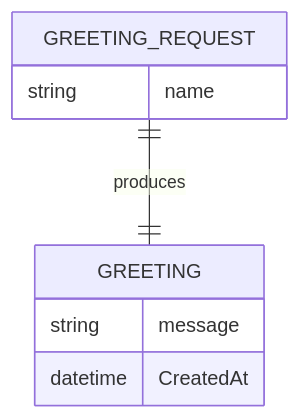
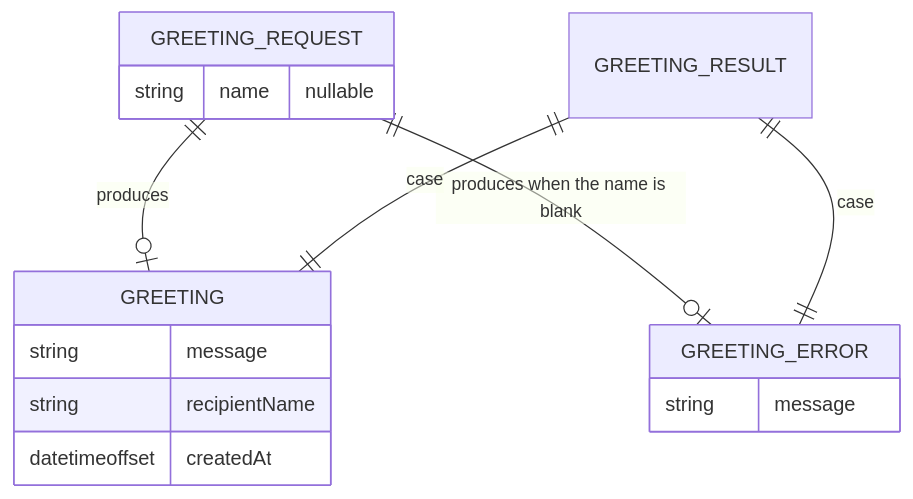
One commit to e128/dotnet-reference changed the third of 3 diagrams in docs/architecture/storage.md. Above: the diagram before and after it, drawn with Mermaid. The commit also changed other lines of this file and 20 other files, not shown here.

````diff
--- a/docs/architecture/storage.md
+++ b/docs/architecture/storage.md
@@ -66,11 +71,18 @@
 ```mermaid
 erDiagram
-  GREETING_REQUEST ||--|| GREETING : produces
+  GREETING_REQUEST ||--o| GREETING : produces
+  GREETING_REQUEST ||--o| GREETING_ERROR : "produces when the name is blank"
+  GREETING_RESULT ||--|| GREETING : "case"
+  GREETING_RESULT ||--|| GREETING_ERROR : "case"
   GREETING {
     string message
-    datetime CreatedAt
+    string recipientName
+    datetimeoffset createdAt
   }
   GREETING_REQUEST {
-    string name
+    string name "nullable"
+  }
+  GREETING_ERROR {
+    string message
   }
 ```
````
